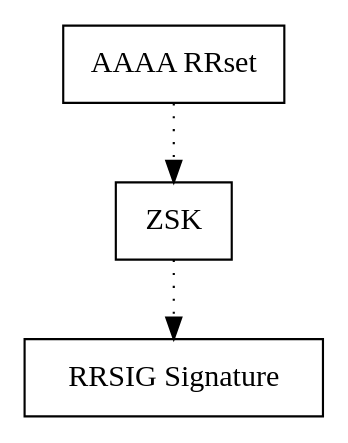
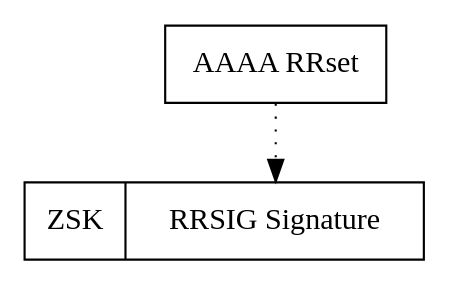
One commit to omussell/homelab changed the diagram in pic/zsk.gv. Above: the diagram before and after it, drawn with Graphviz.

```diff
--- a/pic/zsk.gv
+++ b/pic/zsk.gv
@@ -1,9 +1,7 @@
 digraph structs {
 node [shape=record];
 	struct1 [shape=record, label="AAAA RRset"];
-	struct2 [shape=record, label="ZSK"];
-	struct3 [shape=record, label="RRSIG Signature"];
+	struct2 [shape=record, label="ZSK | {<f1> RRSIG Signature }"];
 
-	struct1 -> struct2 [style=dotted];
-	struct2 -> struct3 [style=dotted];
+	struct1 -> struct2:f1 [style=dotted];
 }
```
